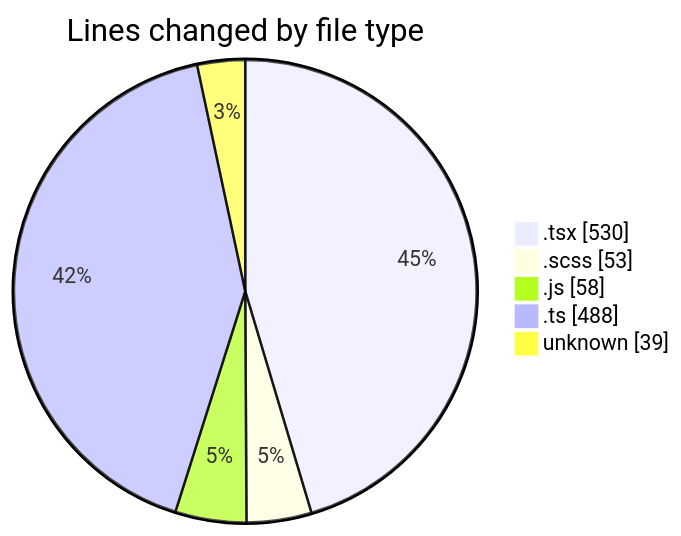
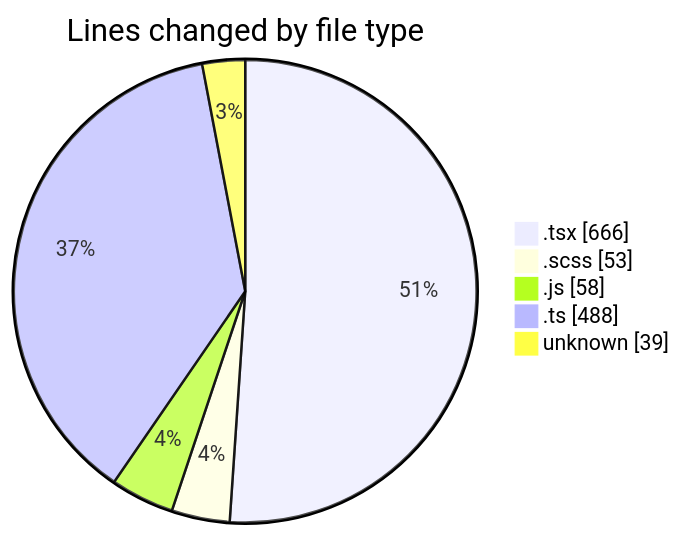
Before and after one commit to momahboobian/code-tracking: the first of 2 diagrams in 2025-05-02/cda/README.md, drawn with Mermaid. The commit also changed other lines of this file and 1 other file, not shown here.

````diff
--- a/2025-05-02/cda/README.md
+++ b/2025-05-02/cda/README.md
@@ -26,9 +27,9 @@
 ```mermaid
 pie showData
 title Lines changed by file type
-".tsx" : 530
+".tsx" : 666
 ".scss" : 53
 ".js" : 58
 ".ts" : 488
 "unknown" : 39
 ```
````
